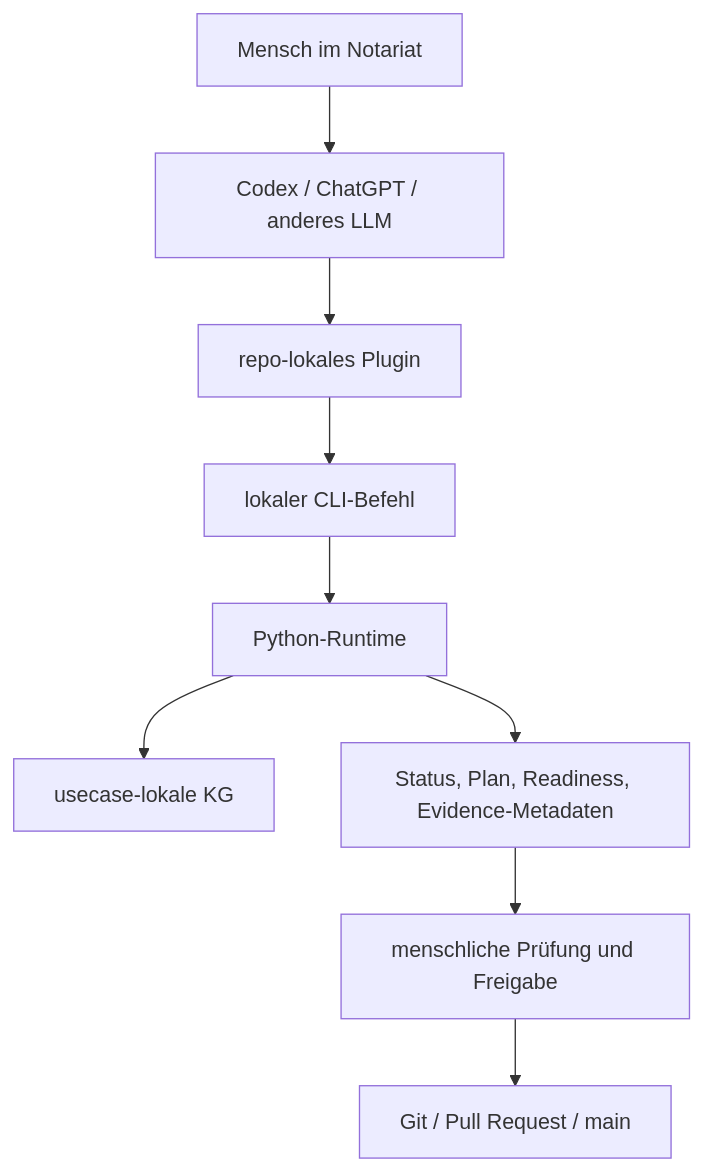
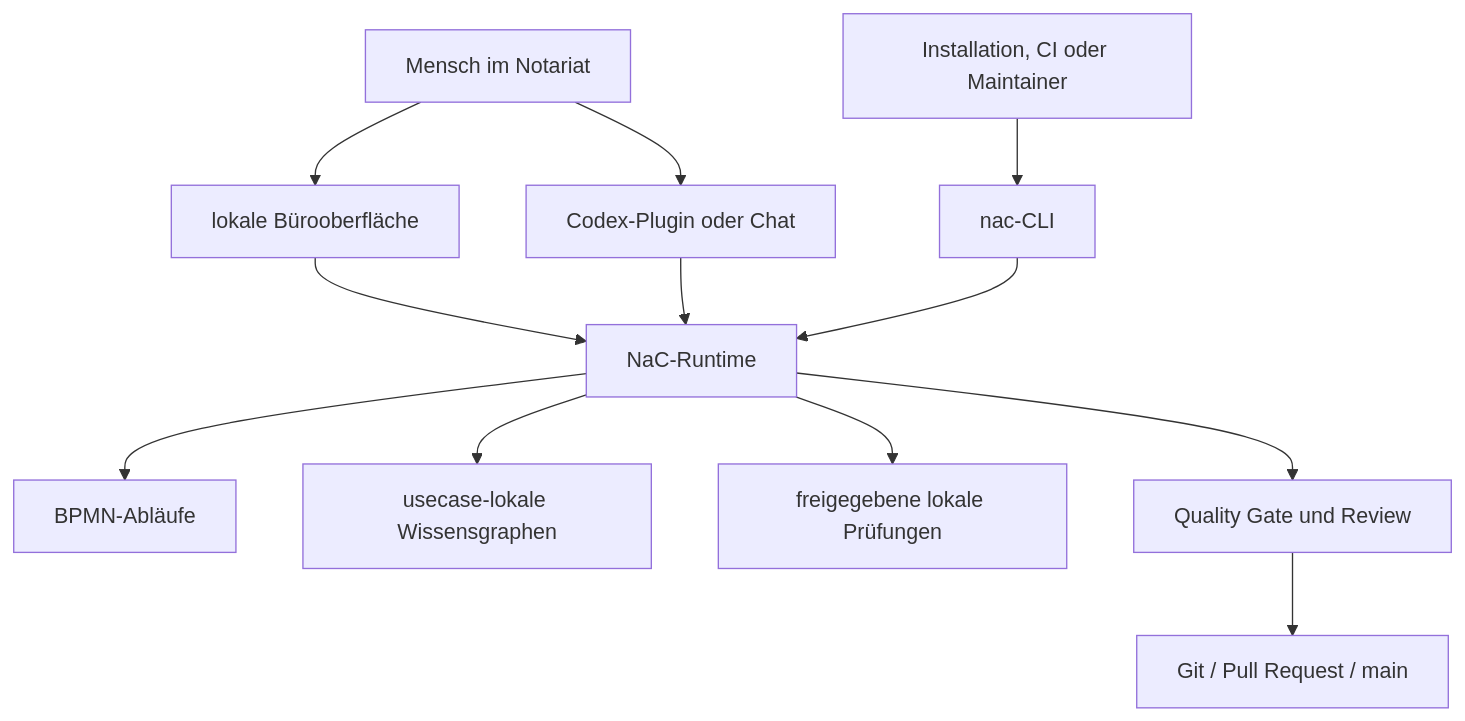
The diagram in docs/de/ausfuehrungsmodell.md (notariat8/NaC), drawn with Mermaid before and after one commit. The commit also changed other lines of this file and 15 other files, not shown here.

````diff
--- a/docs/de/ausfuehrungsmodell.md
+++ b/docs/de/ausfuehrungsmodell.md
@@ -25,11 +39,14 @@
 ```mermaid
 flowchart TD
-    Human["Mensch im Notariat"] --> LLM["Codex / ChatGPT / anderes LLM"]
-    LLM --> Plugin["repo-lokales Plugin"]
-    Plugin --> CLI["lokaler CLI-Befehl"]
-    CLI --> Runtime["Python-Runtime"]
-    Runtime --> KG["usecase-lokale KG"]
-    Runtime --> Result["Status, Plan, Readiness, Evidence-Metadaten"]
-    Result --> Review["menschliche Prüfung und Freigabe"]
-    Review --> Git["Git / Pull Request / main"]
+    Office["Mensch im Notariat"] --> UI["lokale Bürooberfläche"]
+    Office --> Codex["Codex-Plugin oder Chat"]
+    UI --> Runtime["NaC-Runtime"]
+    Codex --> Runtime
+    Admin["Installation, CI oder Maintainer"] --> CLI["nac-CLI"]
+    CLI --> Runtime
+    Runtime --> BPMN["BPMN-Abläufe"]
+    Runtime --> KG["usecase-lokale Wissensgraphen"]
+    Runtime --> Plugins["freigegebene lokale Prüfungen"]
+    Runtime --> Gate["Quality Gate und Review"]
+    Gate --> Git["Git / Pull Request / main"]
 ```
````
